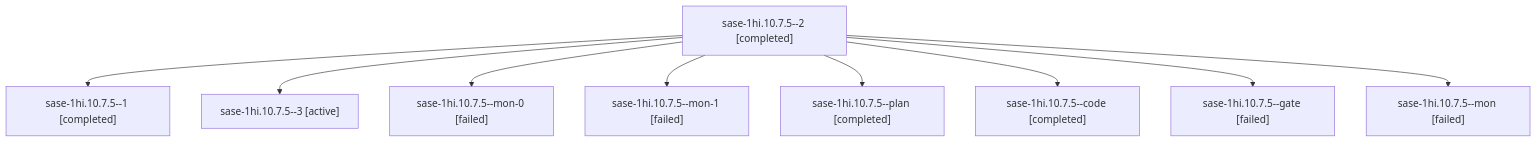
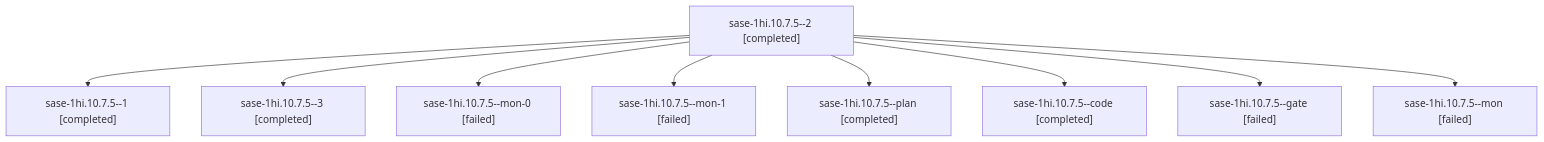
Before and after one commit to sase-org/sase--agents: the diagram in sessions/bbugyi200.apollo.sase-1hi.10.7.5.md, drawn with Mermaid. The commit also changed other lines of this file and 265 other files, not shown here.

````diff
--- a/sessions/bbugyi200.apollo.sase-1hi.10.7.5.md
+++ b/sessions/bbugyi200.apollo.sase-1hi.10.7.5.md
@@ -9,20 +9,20 @@
 ```mermaid
 flowchart TD
   n0["sase-1hi.10.7.5--2 [completed]"]
   n1["sase-1hi.10.7.5--1 [completed]"]
   n0 --> n1
-  n2["sase-1hi.10.7.5--3 [active]"]
+  n2["sase-1hi.10.7.5--3 [completed]"]
   n0 --> n2
   n3["sase-1hi.10.7.5--mon-0 [failed]"]
   n0 --> n3
   n4["sase-1hi.10.7.5--mon-1 [failed]"]
   n0 --> n4
   n5["sase-1hi.10.7.5--plan [completed]"]
   n0 --> n5
   n6["sase-1hi.10.7.5--code [completed]"]
   n0 --> n6
   n7["sase-1hi.10.7.5--gate [failed]"]
   n0 --> n7
   n8["sase-1hi.10.7.5--mon [failed]"]
   n0 --> n8
 ```
````
